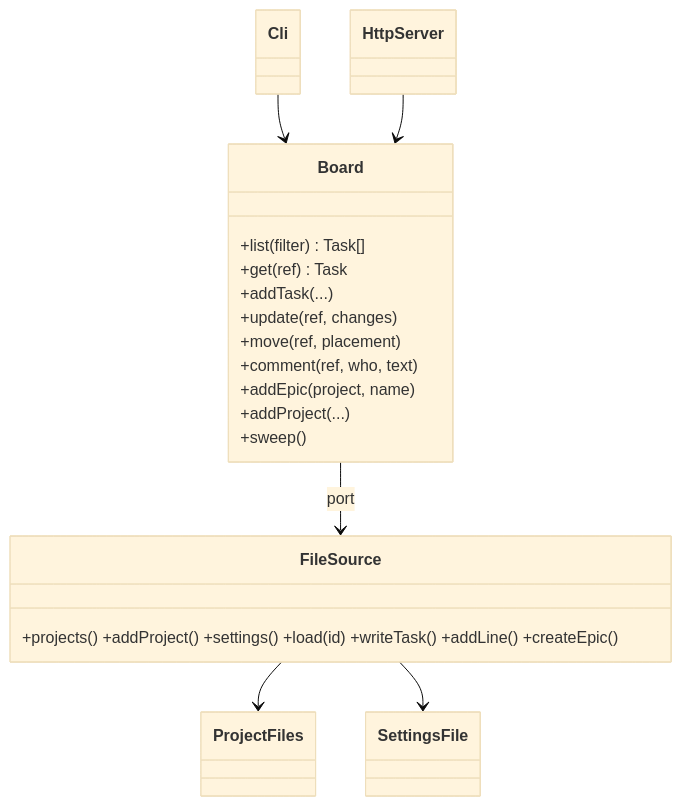
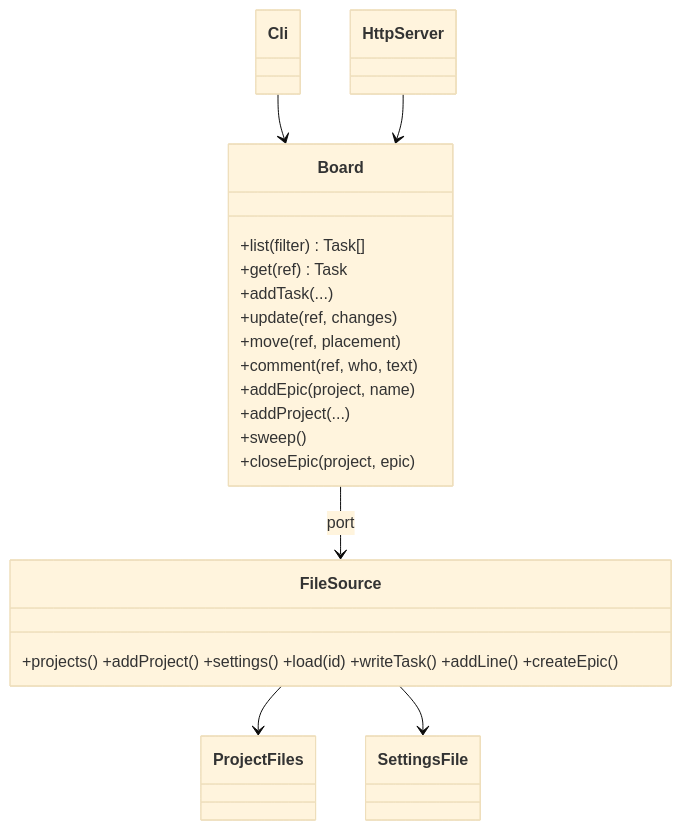
The diagram in Docs/Architecture.md (TabuNuf/doit), drawn with Mermaid (base theme) before and after one commit. The commit also changed 4 other files, not shown here.

Commit message:
T-005.3: doit epic close archives the epic's task files

````diff
--- a/Docs/Architecture.md
+++ b/Docs/Architecture.md
@@ -36,24 +36,25 @@
 ```mermaid
 classDiagram
   class Board {
     +list(filter) Task[]
     +get(ref) Task
     +addTask(...)
     +update(ref, changes)
     +move(ref, placement)
     +comment(ref, who, text)
     +addEpic(project, name)
     +addProject(...)
     +sweep()
+    +closeEpic(project, epic)
   }
   class FileSource { +projects() +addProject() +settings() +load(id) +writeTask() +addLine() +createEpic() }
   class ProjectFiles
   class SettingsFile
   class Cli
   class HttpServer
   Board --> FileSource : port
   FileSource --> ProjectFiles
   FileSource --> SettingsFile
   Cli --> Board
   HttpServer --> Board
 ```
````
